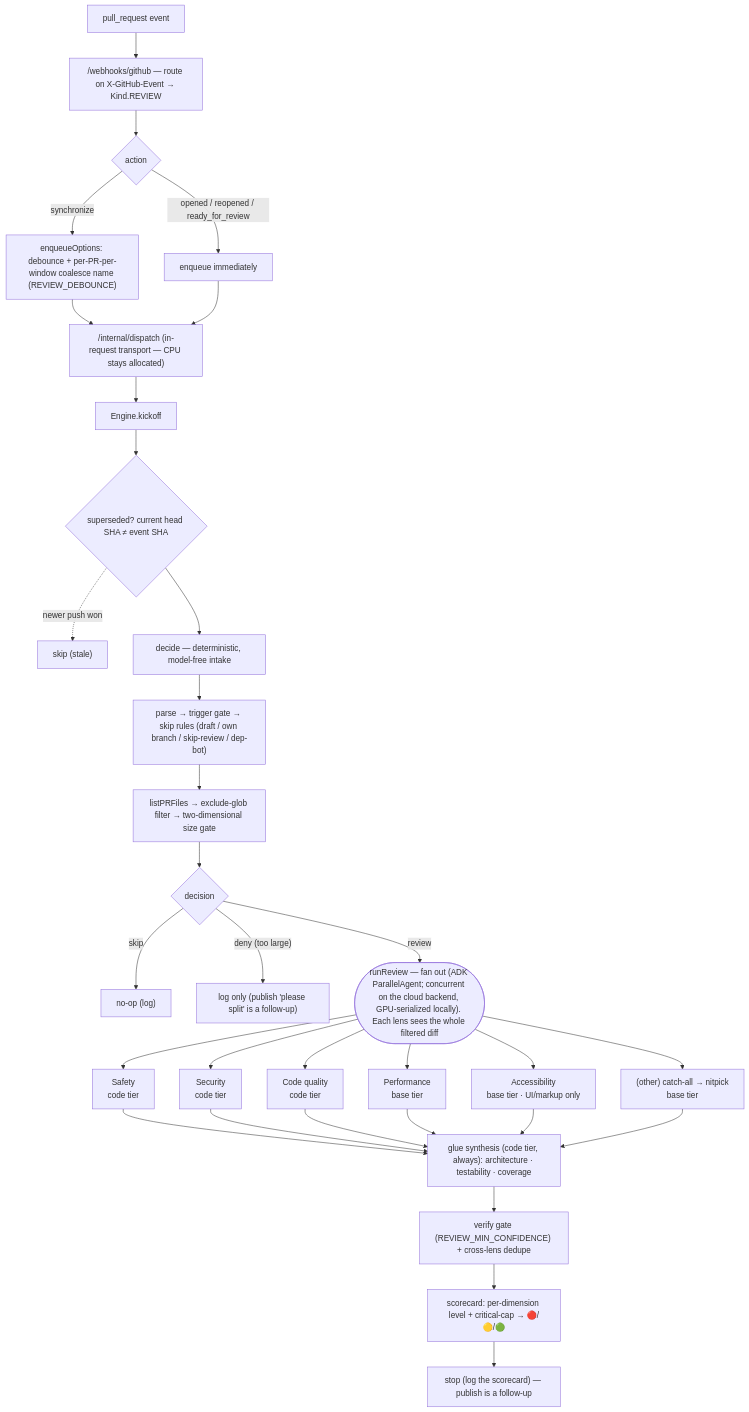
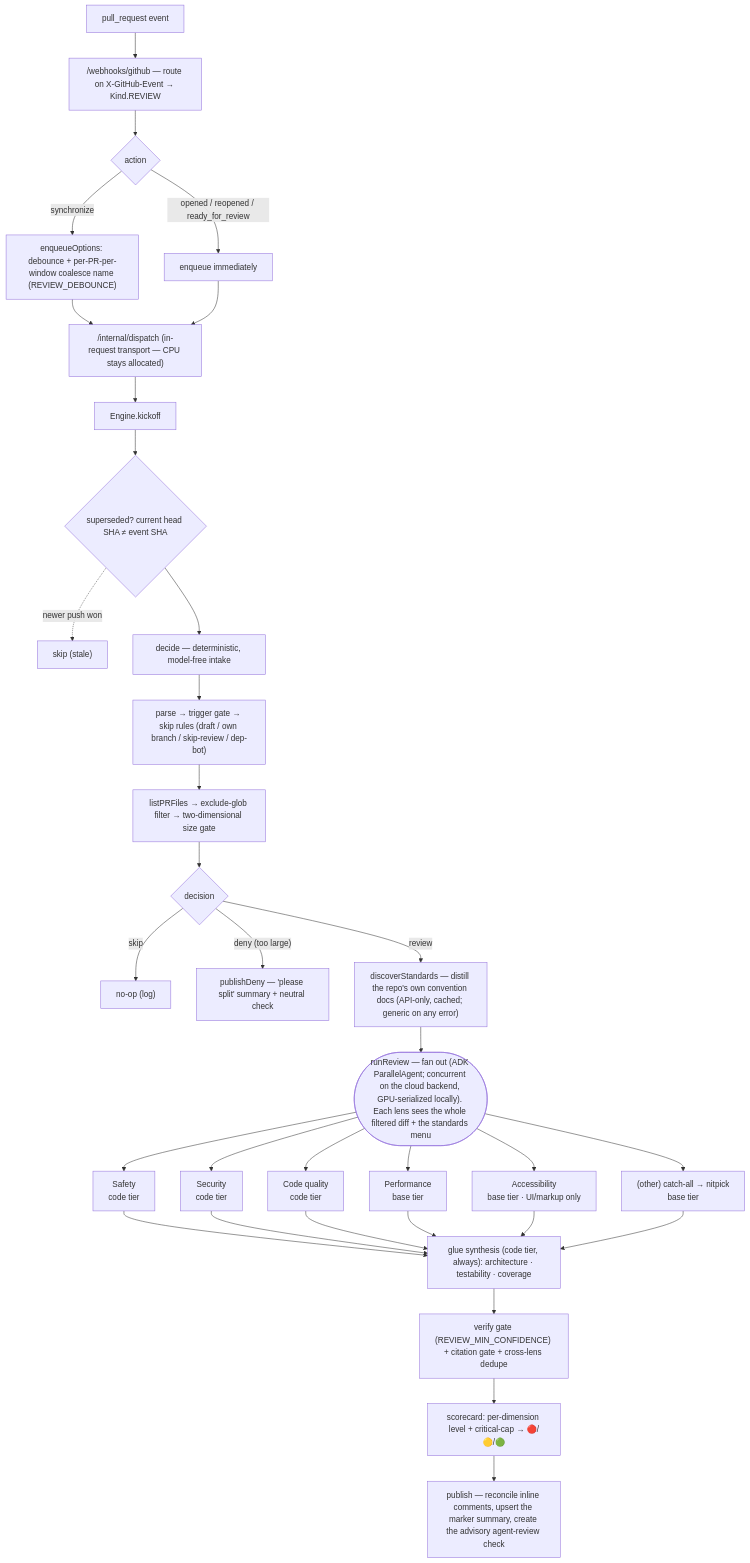
The diagram in kotlin/src/main/kotlin/com/automation/agent/agent/reviewer/AGENTS.md (jkjamies/automation-agent), drawn with Mermaid before and after one commit. The commit also changed other lines of this file and 19 other files, not shown here.

````diff
--- a/kotlin/src/main/kotlin/com/automation/agent/agent/reviewer/AGENTS.md
+++ b/kotlin/src/main/kotlin/com/automation/agent/agent/reviewer/AGENTS.md
@@ -17,35 +15,36 @@
 ```mermaid
 flowchart TD
     EV["pull_request event"] --> WH["/webhooks/github — route on X-GitHub-Event → Kind.REVIEW"]
     WH --> EQ{action}
     EQ -->|synchronize| DEB["enqueueOptions: debounce + per-PR-per-window coalesce name (REVIEW_DEBOUNCE)"]
     EQ -->|"opened / reopened / ready_for_review"| IMM["enqueue immediately"]
     DEB --> DISP["/internal/dispatch (in-request transport — CPU stays allocated)"]
     IMM --> DISP
     DISP --> KO["Engine.kickoff"]
     KO --> STALE{"superseded? current head SHA ≠ event SHA"}
     STALE -.->|newer push won| SKST["skip (stale)"]
     STALE --> DEC["decide — deterministic, model-free intake"]
     DEC --> D1["parse → trigger gate → skip rules (draft / own branch / skip-review / dep-bot)"]
     D1 --> D2["listPRFiles → exclude-glob filter → two-dimensional size gate"]
     D2 --> DK{decision}
     DK -->|skip| NOOP["no-op (log)"]
-    DK -->|"deny (too large)"| DENY["log only (publish 'please split' is a follow-up)"]
-    DK -->|review| FAN(["runReview — fan out (ADK ParallelAgent; concurrent on the cloud backend, GPU-serialized locally). Each lens sees the whole filtered diff"])
+    DK -->|"deny (too large)"| DENY["publishDeny — 'please split' summary + neutral check"]
+    DK -->|review| STD["discoverStandards — distill the repo's own convention docs (API-only, cached; generic on any error)"]
+    STD --> FAN(["runReview — fan out (ADK ParallelAgent; concurrent on the cloud backend, GPU-serialized locally). Each lens sees the whole filtered diff + the standards menu"])
     FAN --> C1["Safety<br/>code tier"]
     FAN --> C2["Security<br/>code tier"]
     FAN --> C3["Code quality<br/>code tier"]
     FAN --> C4["Performance<br/>base tier"]
     FAN --> C5["Accessibility<br/>base tier · UI/markup only"]
     FAN --> C6["(other) catch-all → nitpick<br/>base tier"]
     C1 --> GLUE
     C2 --> GLUE
     C3 --> GLUE
     C4 --> GLUE
     C5 --> GLUE
     C6 --> GLUE
     GLUE["glue synthesis (code tier, always): architecture · testability · coverage"]
-    GLUE --> GATE["verify gate (REVIEW_MIN_CONFIDENCE) + cross-lens dedupe"]
+    GLUE --> GATE["verify gate (REVIEW_MIN_CONFIDENCE) + citation gate + cross-lens dedupe"]
     GATE --> SCORE["scorecard: per-dimension level + critical-cap → 🔴/🟡/🟢"]
-    SCORE --> STOP["stop (log the scorecard) — publish is a follow-up"]
+    SCORE --> PUB["publish — reconcile inline comments, upsert the marker summary, create the advisory agent-review check"]
 ```
````
